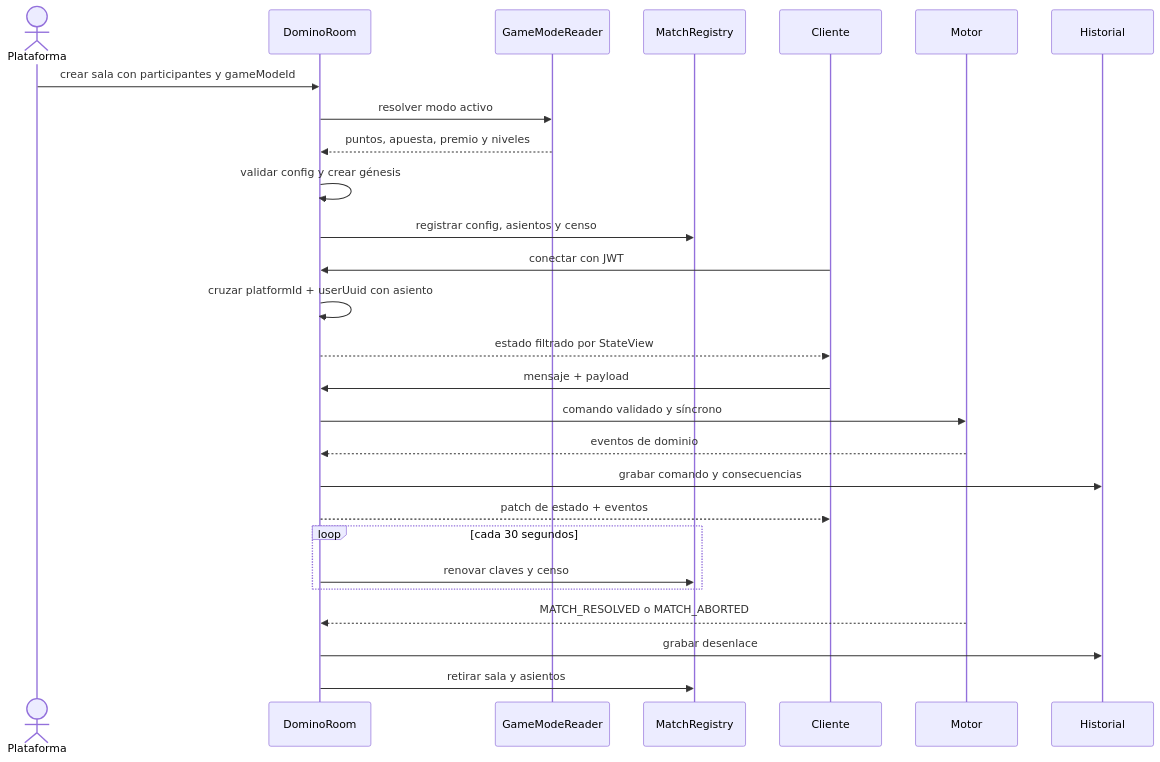
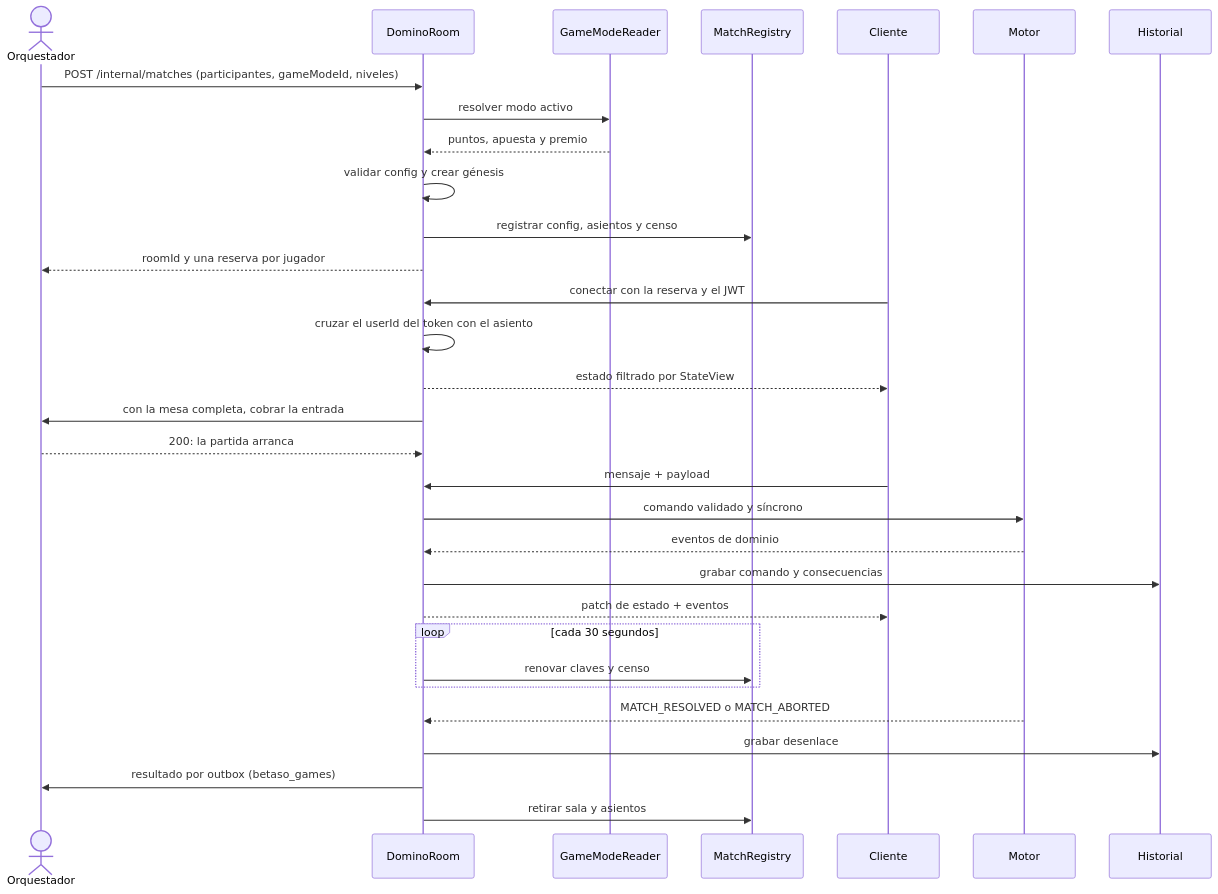
The second of 5 diagrams in docs/arquitectura.md (Betaso-Team/domino-backend-v2), drawn with Mermaid before and after one commit. The commit also changed other lines of this file and 175 other files, not shown here.

````diff
--- a/docs/arquitectura.md
+++ b/docs/arquitectura.md
@@ -73,34 +81,38 @@
 ```mermaid
 sequenceDiagram
-  actor Platform as Plataforma
+  actor Orch as Orquestador
   participant Room as DominoRoom
   participant Modes as GameModeReader
   participant Registry as MatchRegistry
   participant Player as Cliente
   participant Engine as Motor
   participant History as Historial
 
-  Platform->>Room: crear sala con participantes y gameModeId
+  Orch->>Room: POST /internal/matches (participantes, gameModeId, niveles)
   Room->>Modes: resolver modo activo
-  Modes-->>Room: puntos, apuesta, premio y niveles
+  Modes-->>Room: puntos, apuesta y premio
   Room->>Room: validar config y crear génesis
   Room->>Registry: registrar config, asientos y censo
+  Room-->>Orch: roomId y una reserva por jugador
 
-  Player->>Room: conectar con JWT
-  Room->>Room: cruzar platformId + userUuid con asiento
+  Player->>Room: conectar con la reserva y el JWT
+  Room->>Room: cruzar el userId del token con el asiento
   Room-->>Player: estado filtrado por StateView
+  Room->>Orch: con la mesa completa, cobrar la entrada
+  Orch-->>Room: 200: la partida arranca
 
   Player->>Room: mensaje + payload
   Room->>Engine: comando validado y síncrono
   Engine-->>Room: eventos de dominio
   Room->>History: grabar comando y consecuencias
   Room-->>Player: patch de estado + eventos
 
   loop cada 30 segundos
     Room->>Registry: renovar claves y censo
   end
 
   Engine-->>Room: MATCH_RESOLVED o MATCH_ABORTED
   Room->>History: grabar desenlace
+  Room->>Orch: resultado por outbox (betaso_games)
   Room->>Registry: retirar sala y asientos
 ```
````
